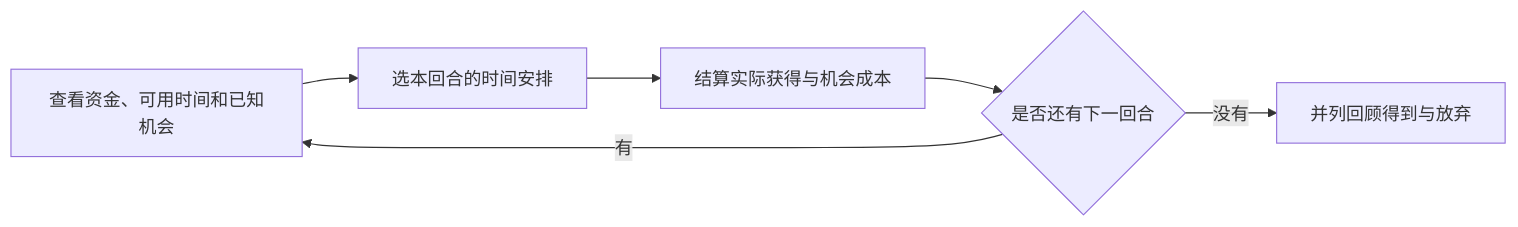
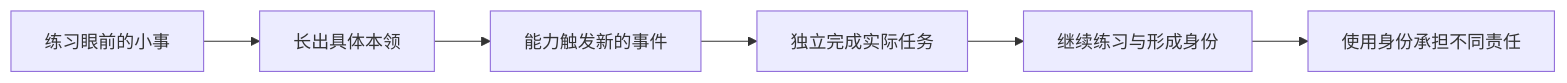
Before and after one commit to yuki-uix/life-sim-product-study: the diagram in docs/mvp-minimal.md, drawn with Mermaid. The commit also changed other lines of this file and 12 other files, not shown here.

````diff
--- a/docs/mvp-minimal.md
+++ b/docs/mvp-minimal.md
@@ -31,8 +17,8 @@
 ```mermaid
 flowchart LR
-    A[查看资金、可用时间和已知机会] --> B[选本回合的时间安排]
-    B --> C[结算实际获得与机会成本]
-    C --> D{是否还有下一回合}
-    D -->|有| A
-    D -->|没有| E[并列回顾得到与放弃]
+    A[练习眼前的小事] --> B[长出具体本领]
+    B --> C[能力触发新的事件]
+    C --> D[独立完成实际任务]
+    D --> E[继续练习与形成身份]
+    E --> F[使用身份承担不同责任]
 ```
````
